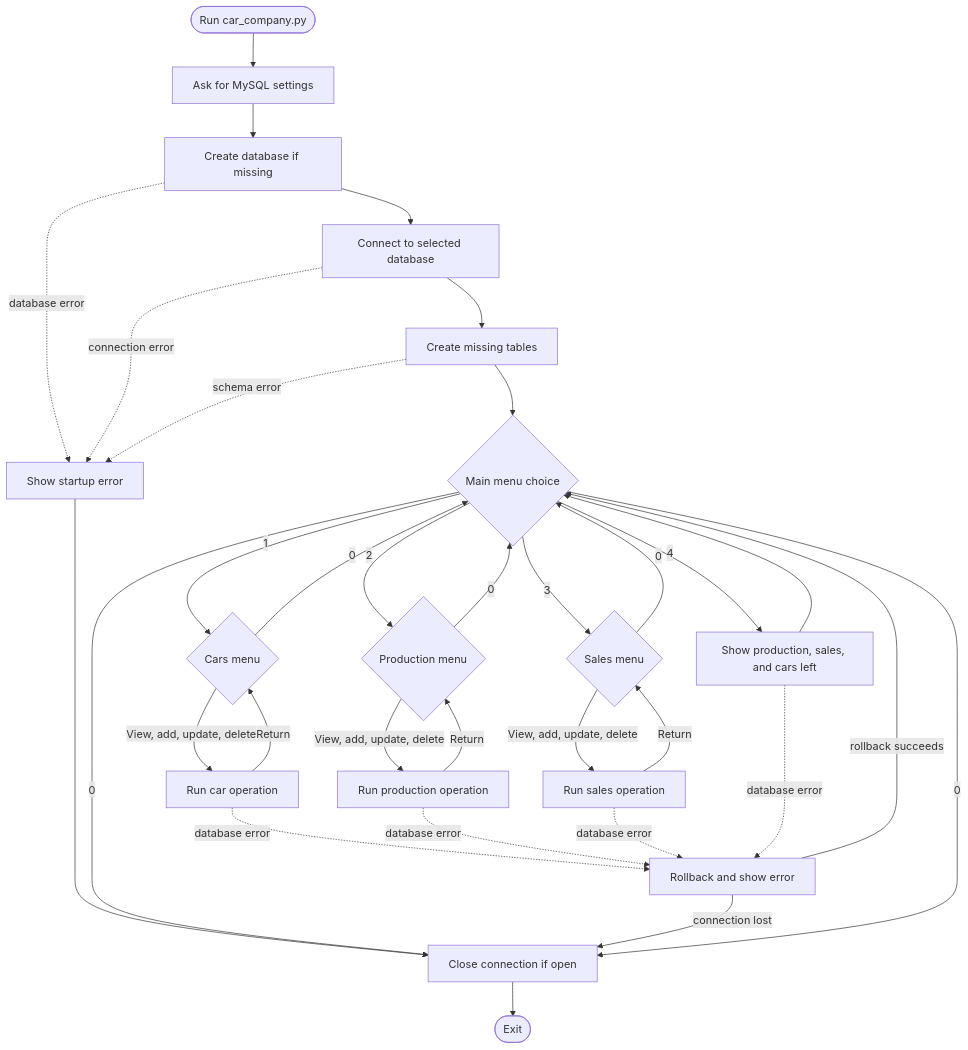
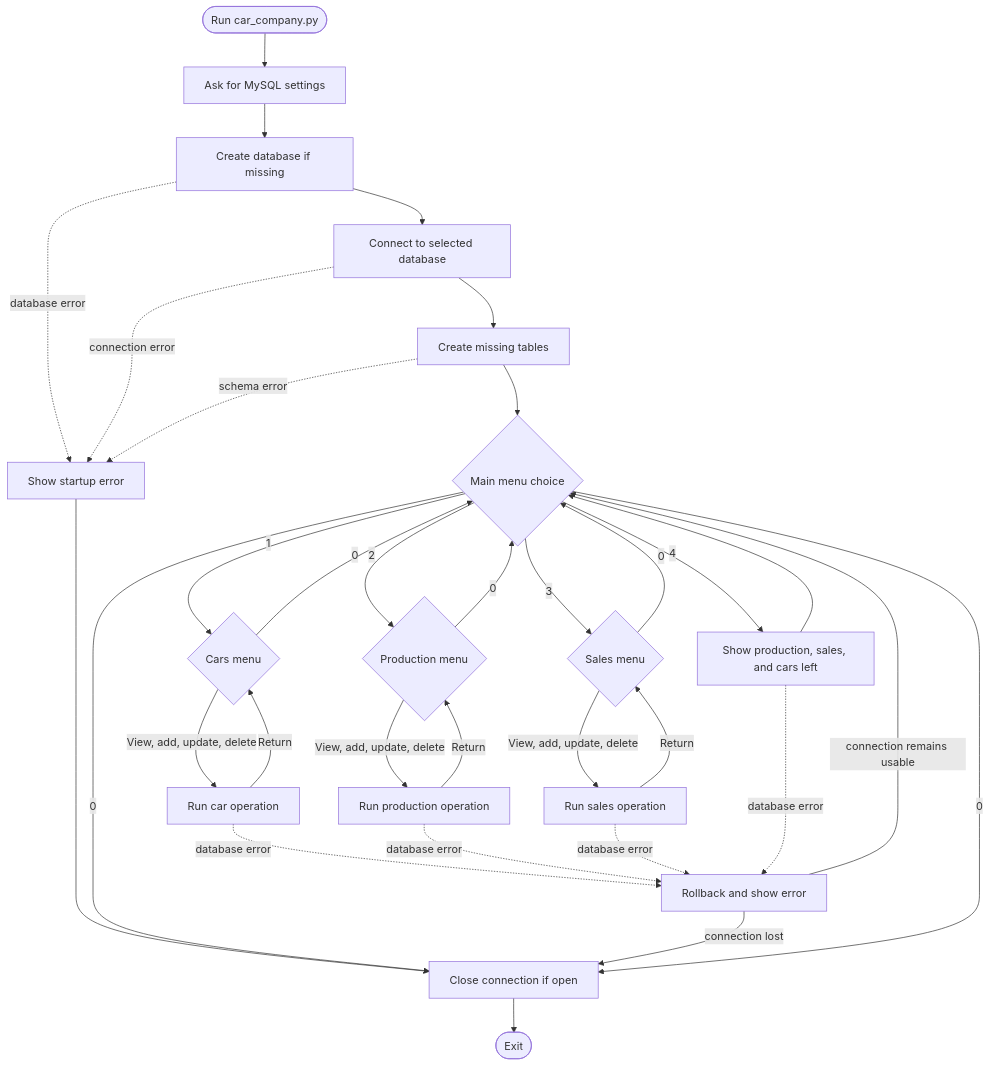
One commit to xzzilch/car_company_mysqldb changed the diagram in PROGRAMMING_GUIDE.md. Above: the diagram before and after it, drawn with Mermaid. The commit also changed other lines of this file, not shown here.

````diff
--- a/PROGRAMMING_GUIDE.md
+++ b/PROGRAMMING_GUIDE.md
@@ -423,35 +435,35 @@
 ```mermaid
 flowchart TD
     Start([Run car_company.py]) --> Connect[Ask for MySQL settings]
     Connect --> CreateDB[Create database if missing]
     CreateDB --> OpenDB[Connect to selected database]
     OpenDB --> Tables[Create missing tables]
     CreateDB -. database error .-> StartupError[Show startup error]
     OpenDB -. connection error .-> StartupError
     Tables -. schema error .-> StartupError
     StartupError --> Close[Close connection if open]
     Tables --> MainMenu{Main menu choice}
     MainMenu -->|1| CarsMenu{Cars menu}
     MainMenu -->|2| ProductionMenu{Production menu}
     MainMenu -->|3| SalesMenu{Sales menu}
     MainMenu -->|4| Summary[Show production, sales, and cars left]
     MainMenu -->|0| Close
     CarsMenu -->|View, add, update, delete| CarAction[Run car operation]
     ProductionMenu -->|View, add, update, delete| ProductionAction[Run production operation]
     SalesMenu -->|View, add, update, delete| SalesAction[Run sales operation]
     CarAction -->|Return| CarsMenu
     ProductionAction -->|Return| ProductionMenu
     SalesAction -->|Return| SalesMenu
     CarsMenu -->|0| MainMenu
     ProductionMenu -->|0| MainMenu
     SalesMenu -->|0| MainMenu
     Summary --> MainMenu
     CarAction -. database error .-> Rollback[Rollback and show error]
     ProductionAction -. database error .-> Rollback
     SalesAction -. database error .-> Rollback
     Summary -. database error .-> Rollback
-    Rollback -->|rollback succeeds| MainMenu
+    Rollback -->|connection remains usable| MainMenu
     Rollback -->|connection lost| Close
     MainMenu -->|0| Close
     Close --> End([Exit])
 ```
````
